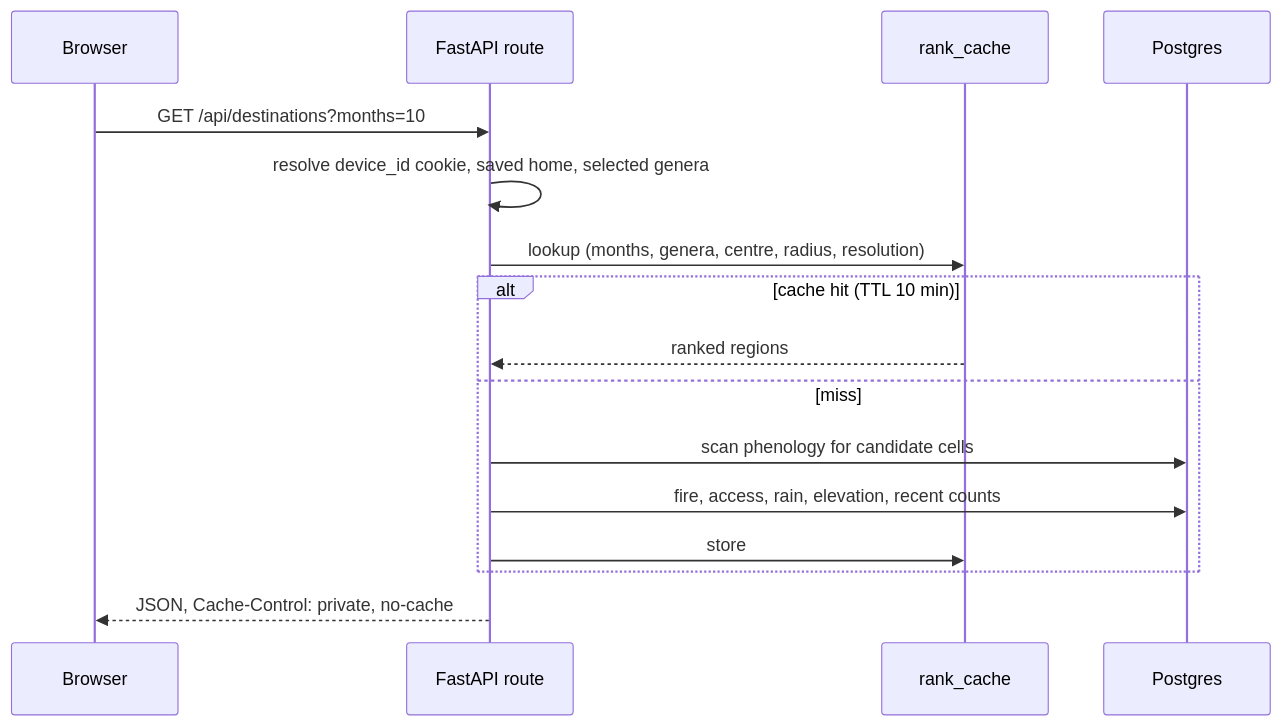
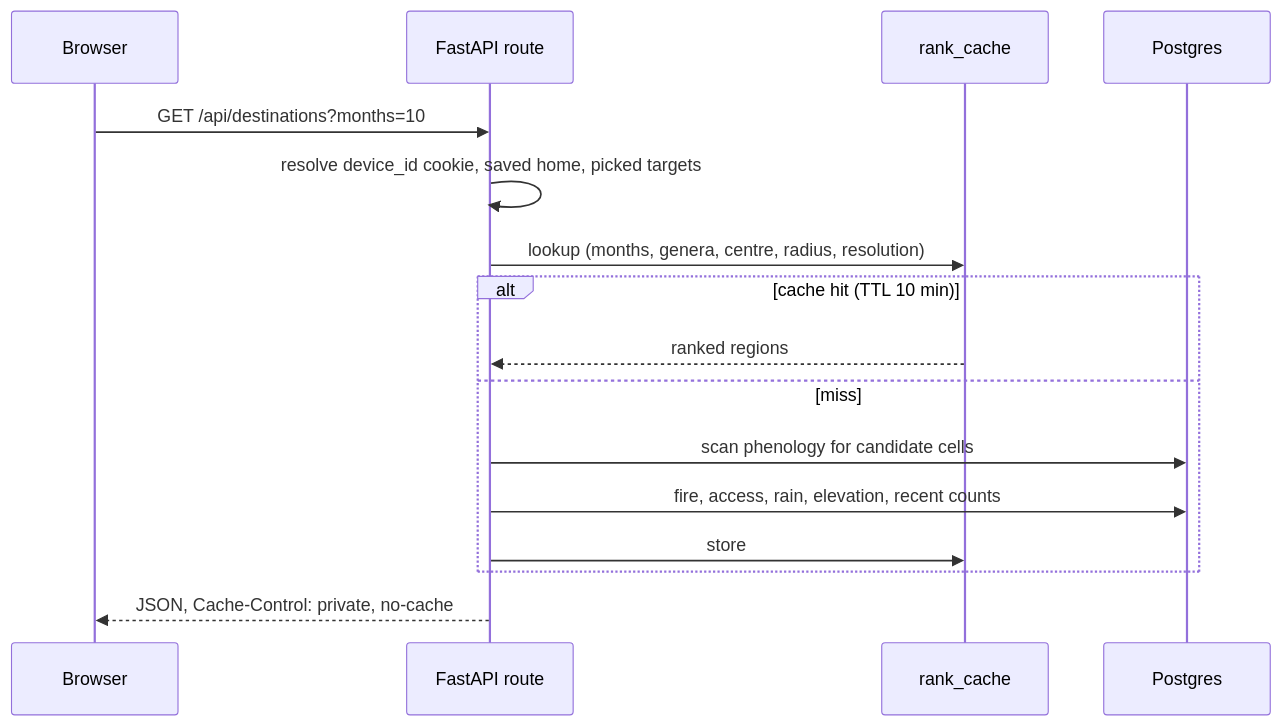
Before and after one commit to jahrik/foray-planner: the third of 3 diagrams in docs/architecture.md, drawn with Mermaid. The commit also changed other lines of this file and 82 other files, not shown here.

````diff
--- a/docs/architecture.md
+++ b/docs/architecture.md
@@ -296,18 +299,18 @@
 ```mermaid
 sequenceDiagram
     participant B as Browser
     participant A as FastAPI route
     participant C as rank_cache
     participant PG as Postgres
     B->>A: GET /api/destinations?months=10
-    A->>A: resolve device_id cookie, saved home, selected genera
+    A->>A: resolve device_id cookie, saved home, picked targets
     A->>C: lookup (months, genera, centre, radius, resolution)
     alt cache hit (TTL 10 min)
         C-->>A: ranked regions
     else miss
         A->>PG: scan phenology for candidate cells
         A->>PG: fire, access, rain, elevation, recent counts
         A->>C: store
     end
     A-->>B: JSON, Cache-Control: private, no-cache
 ```
````
